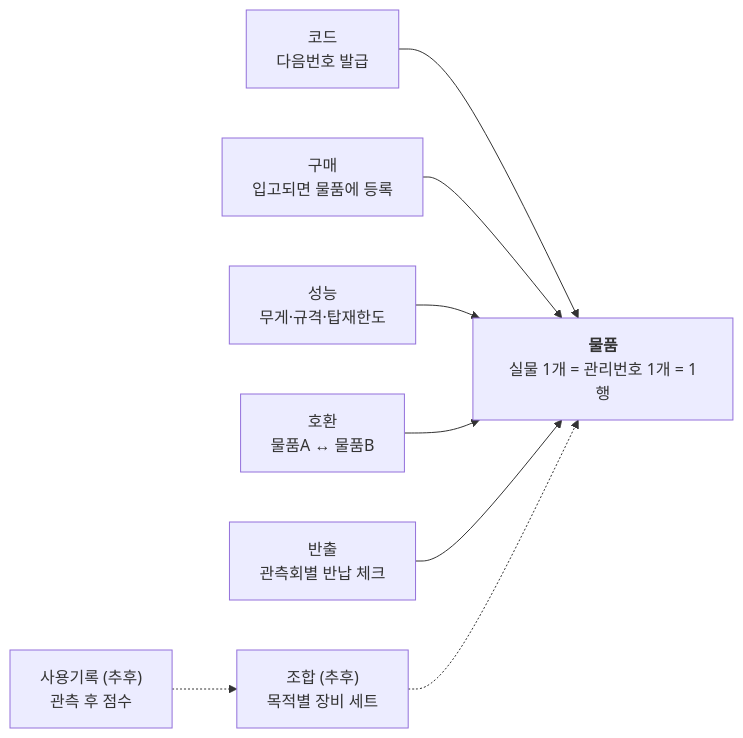
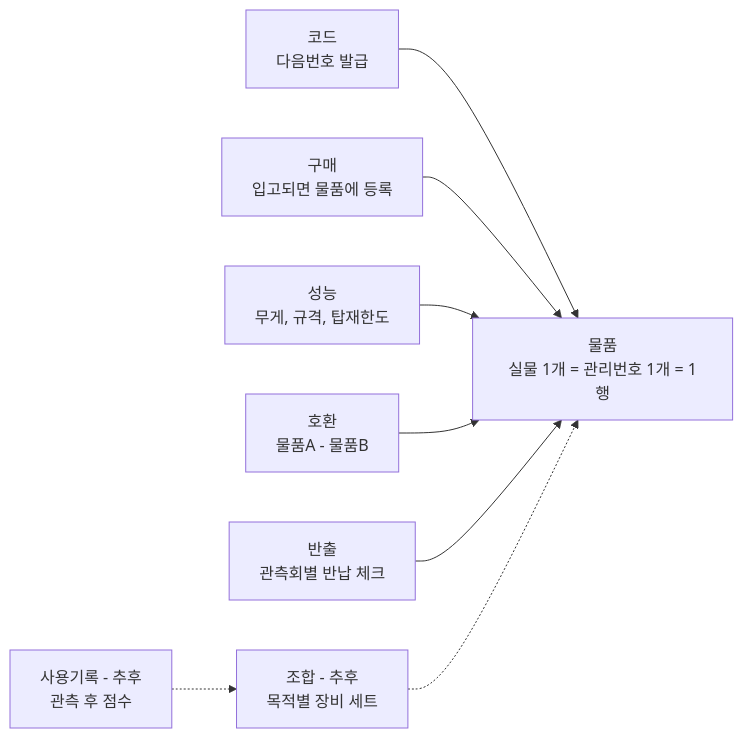
The diagram in README.md (jiwon-astro/kaist-starflower-inventory), drawn with Mermaid before and after one commit.

Commit message:
README 다이어그램 렌더링 수정

````diff
--- a/README.md
+++ b/README.md
@@ -27,11 +27,11 @@
 ```mermaid
 flowchart LR
-  goods["<b>물품</b><br/>실물 1개 = 관리번호 1개 = 1행"]
-  code["코드<br/>다음번호 발급"] --> goods
-  buy["구매<br/>입고되면 물품에 등록"] --> goods
-  spec["성능<br/>무게·규격·탑재한도"] --> goods
-  compat["호환<br/>물품A ↔ 물품B"] --> goods
-  loan["반출<br/>관측회별 반납 체크"] --> goods
-  set["조합 (추후)<br/>목적별 장비 세트"] -.-> goods
-  log["사용기록 (추후)<br/>관측 후 점수"] -.-> set
+  n0["물품<br/>실물 1개 = 관리번호 1개 = 1행"]
+  n1["코드<br/>다음번호 발급"] --> n0
+  n2["구매<br/>입고되면 물품에 등록"] --> n0
+  n3["성능<br/>무게, 규격, 탑재한도"] --> n0
+  n4["호환<br/>물품A - 물품B"] --> n0
+  n5["반출<br/>관측회별 반납 체크"] --> n0
+  n6["조합 - 추후<br/>목적별 장비 세트"] -.-> n0
+  n7["사용기록 - 추후<br/>관측 후 점수"] -.-> n6
 ```
````
